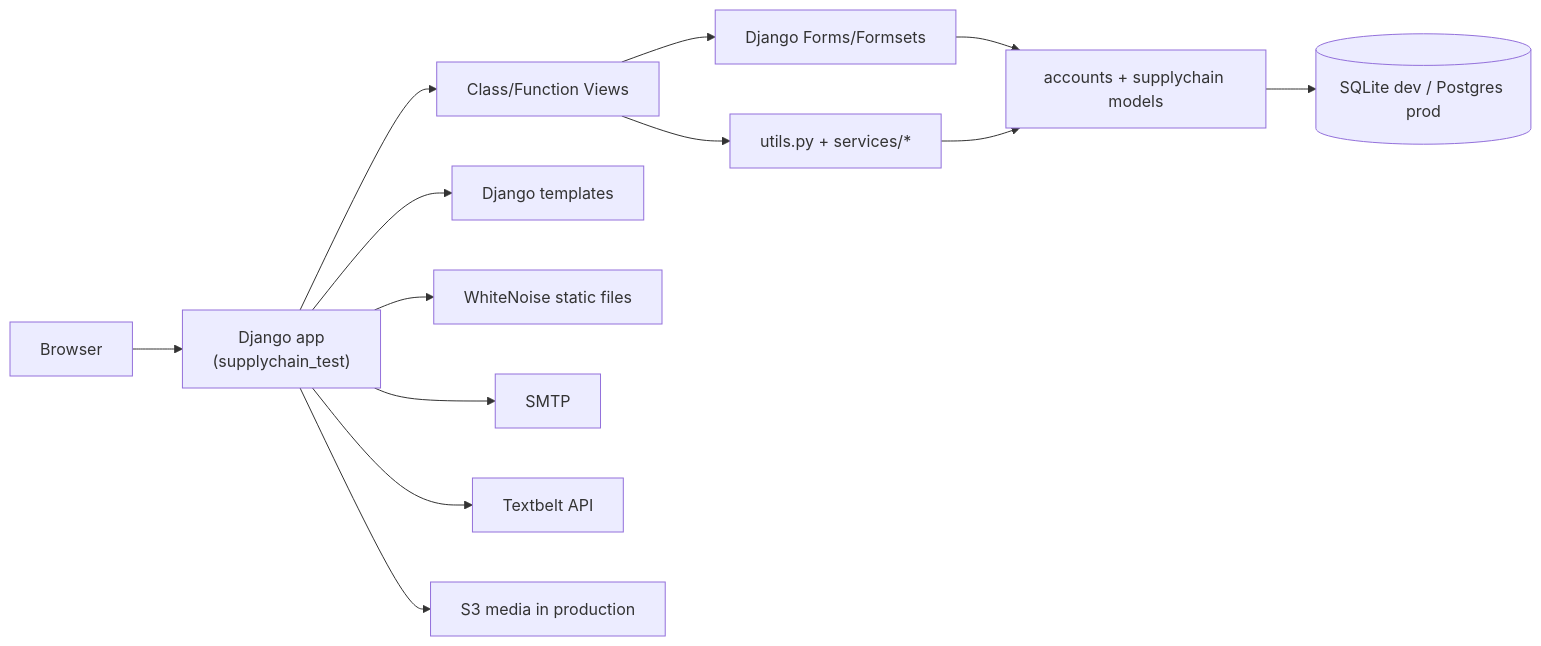
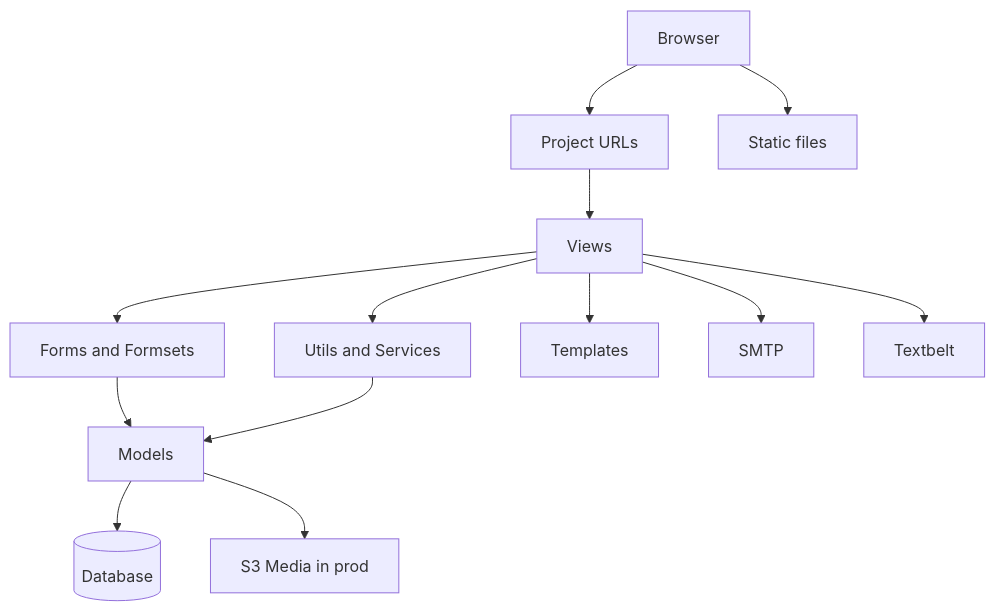
Before and after one commit to KiishiAD/kingfisher_inventory_management: the diagram in docs/repo_guide/01-architecture-overview.md, drawn with Mermaid. The commit also changed other lines of this file and 4 other files, not shown here.

Commit message:
Improve repo guide visuals with clearer diagrams and fallbacks

````diff
--- a/docs/repo_guide/01-architecture-overview.md
+++ b/docs/repo_guide/01-architecture-overview.md
@@ -4,16 +11,28 @@
 ```mermaid
-flowchart LR
-  Browser --> Django["Django app
-(supplychain_test)"]
-  Django --> Views["Class/Function Views"]
-  Views --> Forms["Django Forms/Formsets"]
-  Views --> Utils["utils.py + services/*"]
-  Forms --> Models["accounts + supplychain models"]
-  Utils --> Models
-  Models --> DB[(SQLite dev / Postgres prod)]
-  Django --> Templates["Django templates"]
-  Django --> Static["WhiteNoise static files"]
-  Django --> Email["SMTP"]
-  Django --> SMS["Textbelt API"]
-  Django --> S3["S3 media in production"]
+flowchart TD
+    BROWSER[Browser]
+    URLS[Project URLs]
+    VIEWS[Views]
+    FORMS[Forms and Formsets]
+    SERVICES[Utils and Services]
+    MODELS[Models]
+    DB[(Database)]
+    TEMPLATES[Templates]
+    STATIC[Static files]
+    EMAIL[SMTP]
+    SMS[Textbelt]
+    S3[S3 Media in prod]
+
+    BROWSER --> URLS
+    URLS --> VIEWS
+    VIEWS --> FORMS
+    VIEWS --> SERVICES
+    FORMS --> MODELS
+    SERVICES --> MODELS
+    MODELS --> DB
+    VIEWS --> TEMPLATES
+    BROWSER --> STATIC
+    VIEWS --> EMAIL
+    VIEWS --> SMS
+    MODELS --> S3
 ```
````
